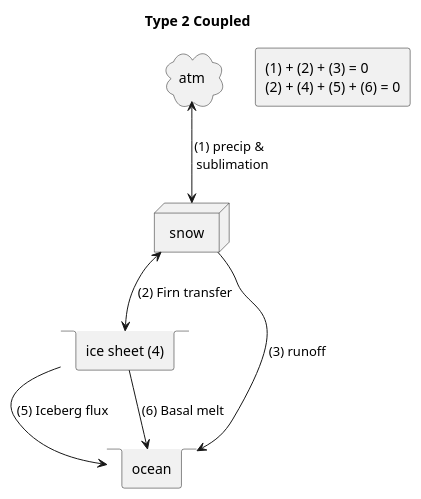
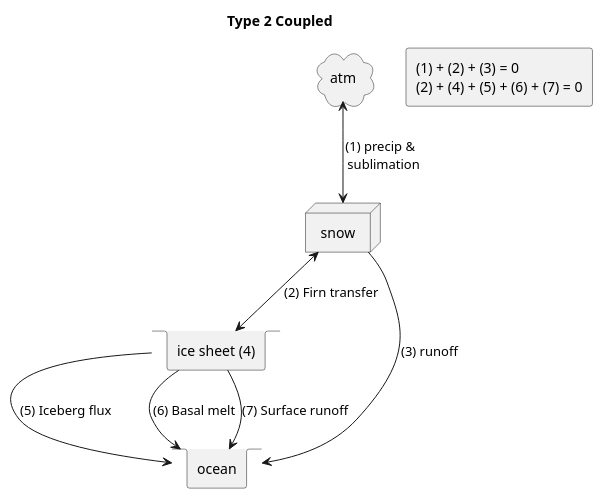
One commit to NASA-GISS/freshwater-forcing-workshop changed the third of 4 diagrams in freshwater.org. Above: the diagram before and after it, drawn with PlantUML. The commit also changed other lines of this file and 2 other files, not shown here.

Commit message:
Ice surface runoff to ocean (in addition to iceberg and basal)?

```diff
--- a/freshwater.org
+++ b/freshwater.org
@@ -92,23 +92,24 @@
 #+BEGIN_SRC plantuml :file fig/type_2_coupled.svg :exports results
 @startuml
 Title: Type 2 Coupled
 
 cloud atm
 node snow
 stack ice [
  ice sheet (4)
 ]
 stack ocean
 
 atm <--> snow : (1) precip & \n sublimation
 snow --> ocean : (3) runoff
 snow <--> ice  : (2) Firn transfer
 ice --> ocean : (5) Iceberg flux
 ice --> ocean : (6) Basal melt
+ice --> ocean : (7) Surface runoff
 
 rectangle legend [
 (1) + (2) + (3) = 0
-(2) + (4) + (5) + (6) = 0
+(2) + (4) + (5) + (6) + (7) = 0
 ]
 @enduml
 #+END_SRC
```
